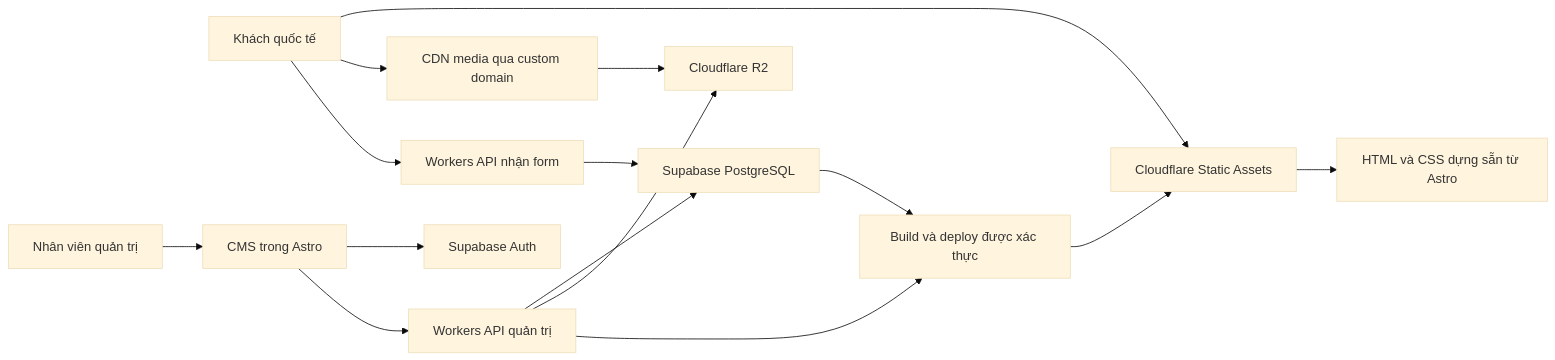
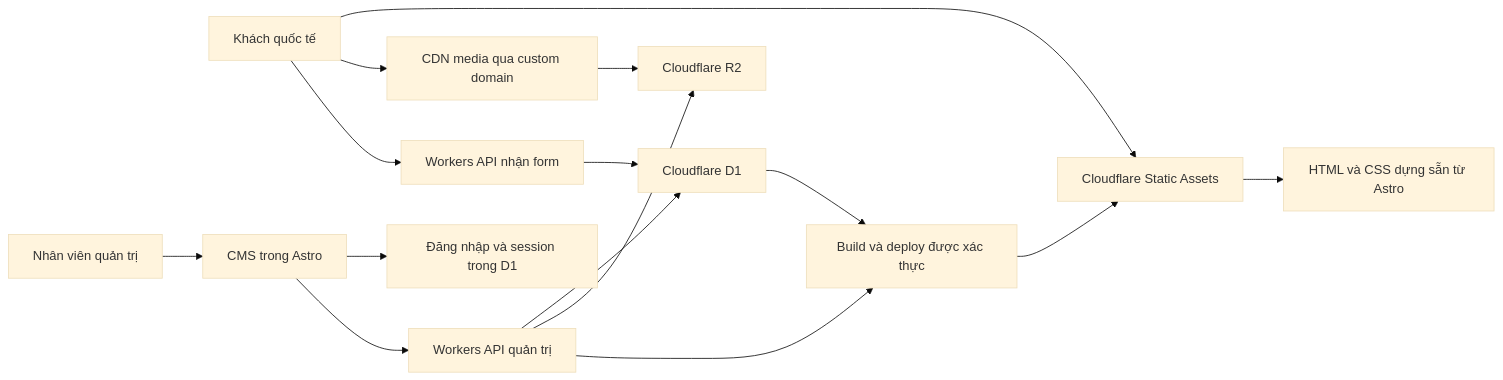
The diagram in WEBSITE_TECHSTACK.md (sonlam137216/medical-astro), drawn with Mermaid (base theme) before and after one commit. The commit also changed other lines of this file and 87 other files, not shown here.

````diff
--- a/WEBSITE_TECHSTACK.md
+++ b/WEBSITE_TECHSTACK.md
@@ -60,17 +60,17 @@
 ```mermaid
 flowchart LR
     Visitor[Khách quốc tế] --> Static[Cloudflare Static Assets]
     Static --> HTML[HTML và CSS dựng sẵn từ Astro]
     Visitor --> Media[CDN media qua custom domain]
     Media --> R2[Cloudflare R2]
     Visitor --> API[Workers API nhận form]
-    API --> DB[Supabase PostgreSQL]
+    API --> DB[Cloudflare D1]
     Editor[Nhân viên quản trị] --> CMS[CMS trong Astro]
-    CMS --> Auth[Supabase Auth]
+    CMS --> Auth[Đăng nhập và session trong D1]
     CMS --> AdminAPI[Workers API quản trị]
     AdminAPI --> DB
     AdminAPI --> R2
     AdminAPI --> Build[Build và deploy được xác thực]
     DB --> Build
     Build --> Static
 ```
````
